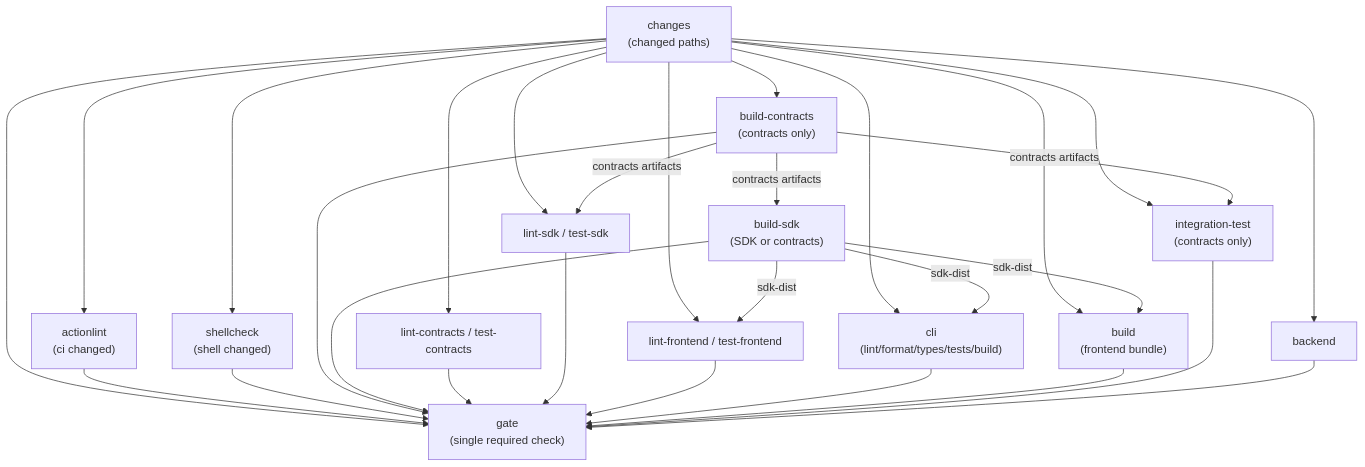
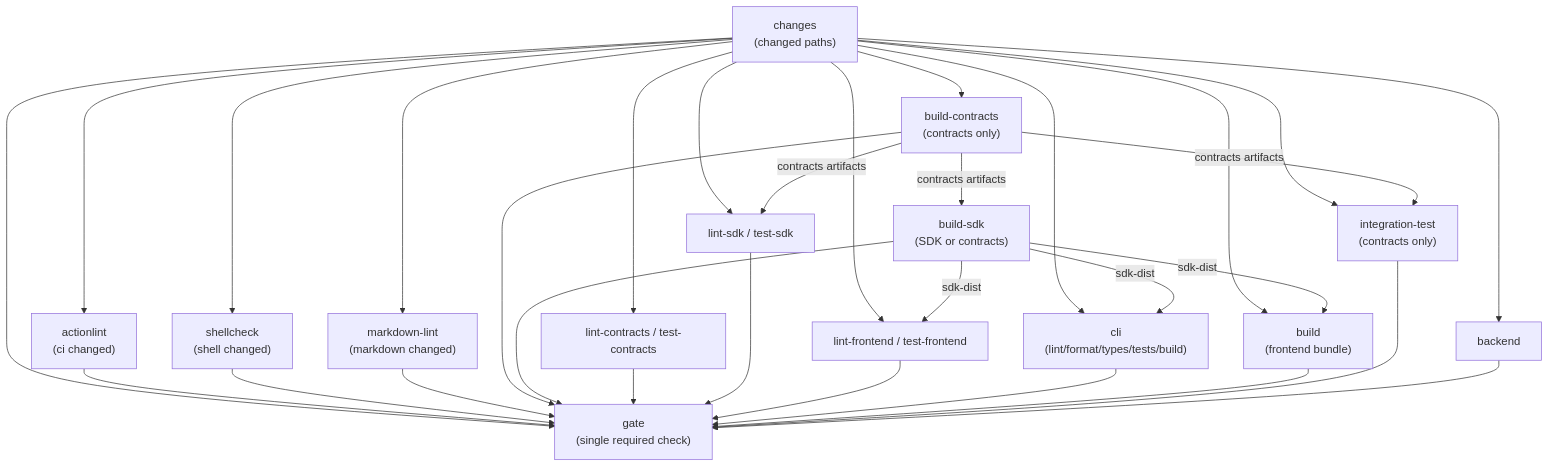
Before and after one commit to kasakame/kasakame: the diagram in docs/ci.md, drawn with Mermaid. The commit also changed other lines of this file and 3 other files, not shown here.

Commit message:
ci(repo): fold markdown lint into build-and-test

````diff
--- a/docs/ci.md
+++ b/docs/ci.md
@@ -62,45 +61,48 @@
 ```mermaid
 flowchart TD
     changes["changes<br/>(changed paths)"]
     actionlint["actionlint<br/>(ci changed)"]
     shellcheck["shellcheck<br/>(shell changed)"]
+    markdown["markdown-lint<br/>(markdown changed)"]
     buildc["build-contracts<br/>(contracts only)"]
     buildsdk["build-sdk<br/>(SDK or contracts)"]
     contracts["lint-contracts / test-contracts"]
     sdk["lint-sdk / test-sdk"]
     frontend["lint-frontend / test-frontend"]
     cli["cli<br/>(lint/format/types/tests/build)"]
     build["build<br/>(frontend bundle)"]
     integration["integration-test<br/>(contracts only)"]
     backend["backend"]
     gate["gate<br/>(single required check)"]
 
     changes --> actionlint
     changes --> shellcheck
+    changes --> markdown
     changes --> buildc
     changes --> contracts
     changes --> sdk
     changes --> frontend
     changes --> cli
     changes --> build
     changes --> integration
     changes --> backend
     buildc -->|"contracts artifacts"| buildsdk
     buildc -->|"contracts artifacts"| sdk
     buildc -->|"contracts artifacts"| integration
     buildsdk -->|"sdk-dist"| frontend
     buildsdk -->|"sdk-dist"| cli
     buildsdk -->|"sdk-dist"| build
     changes --> gate
     actionlint --> gate
     shellcheck --> gate
+    markdown --> gate
     buildc --> gate
     buildsdk --> gate
     contracts --> gate
     sdk --> gate
     frontend --> gate
     cli --> gate
     build --> gate
     integration --> gate
     backend --> gate
 ```
````
